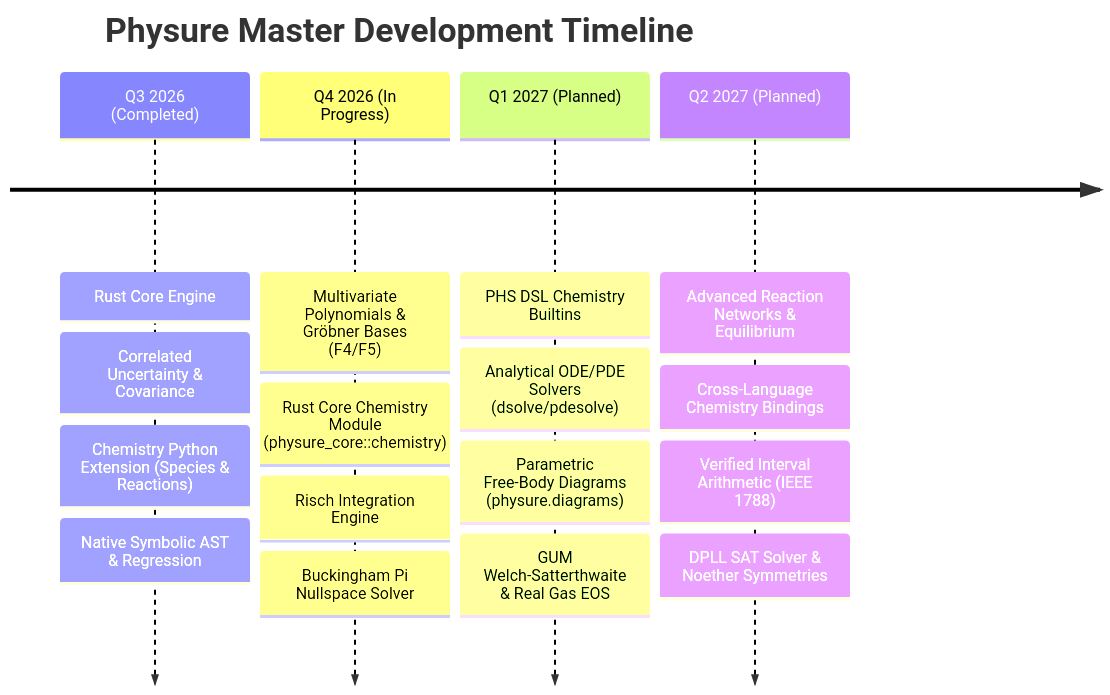
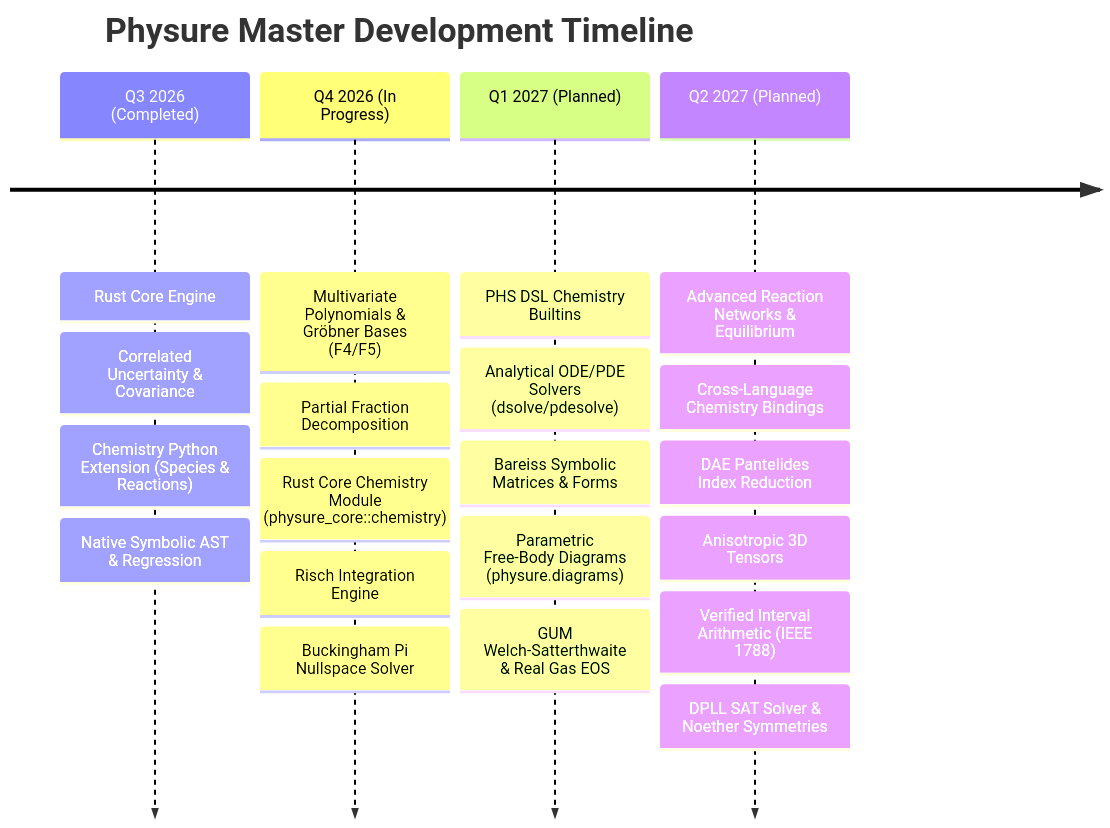
One commit to Alexisrx96/physure changed the diagram in ROADMAP.md. Above: the diagram before and after it, drawn with Mermaid. The commit also changed 1 other file, not shown here.

Commit message:
docs(roadmap): merge the two timelines into one, keep both files
ROADMAP.md and docs/ROADMAP.md had drifted: each timeline had items the other lacked. Both now carry the union. Each file keeps its own link base and everything else.

````diff
--- a/ROADMAP.md
+++ b/ROADMAP.md
@@ -57,8 +57,8 @@
 ```mermaid
 timeline
     title Physure Master Development Timeline
     Q3 2026 (Completed) : Rust Core Engine : Correlated Uncertainty & Covariance : Chemistry Python Extension (Species & Reactions) : Native Symbolic AST & Regression
-    Q4 2026 (In Progress) : Multivariate Polynomials & Gröbner Bases (F4/F5) : Rust Core Chemistry Module (physure_core::chemistry) : Risch Integration Engine : Buckingham Pi Nullspace Solver
-    Q1 2027 (Planned) : PHS DSL Chemistry Builtins : Analytical ODE/PDE Solvers (dsolve/pdesolve) : Parametric Free-Body Diagrams (physure.diagrams) : GUM Welch-Satterthwaite & Real Gas EOS
-    Q2 2027 (Planned) : Advanced Reaction Networks & Equilibrium : Cross-Language Chemistry Bindings : Verified Interval Arithmetic (IEEE 1788) : DPLL SAT Solver & Noether Symmetries
+    Q4 2026 (In Progress) : Multivariate Polynomials & Gröbner Bases (F4/F5) : Partial Fraction Decomposition : Rust Core Chemistry Module (physure_core::chemistry) : Risch Integration Engine : Buckingham Pi Nullspace Solver
+    Q1 2027 (Planned) : PHS DSL Chemistry Builtins : Analytical ODE/PDE Solvers (dsolve/pdesolve) : Bareiss Symbolic Matrices & Forms : Parametric Free-Body Diagrams (physure.diagrams) : GUM Welch-Satterthwaite & Real Gas EOS
+    Q2 2027 (Planned) : Advanced Reaction Networks & Equilibrium : Cross-Language Chemistry Bindings : DAE Pantelides Index Reduction : Anisotropic 3D Tensors : Verified Interval Arithmetic (IEEE 1788) : DPLL SAT Solver & Noether Symmetries
 ```
````
